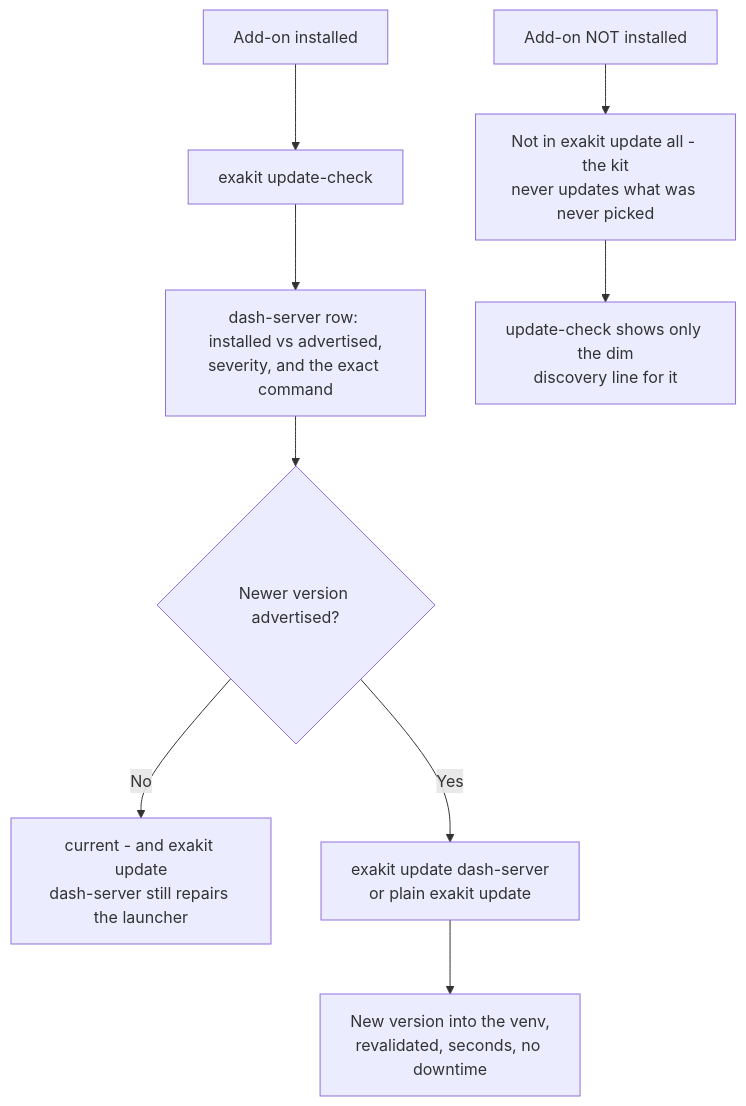
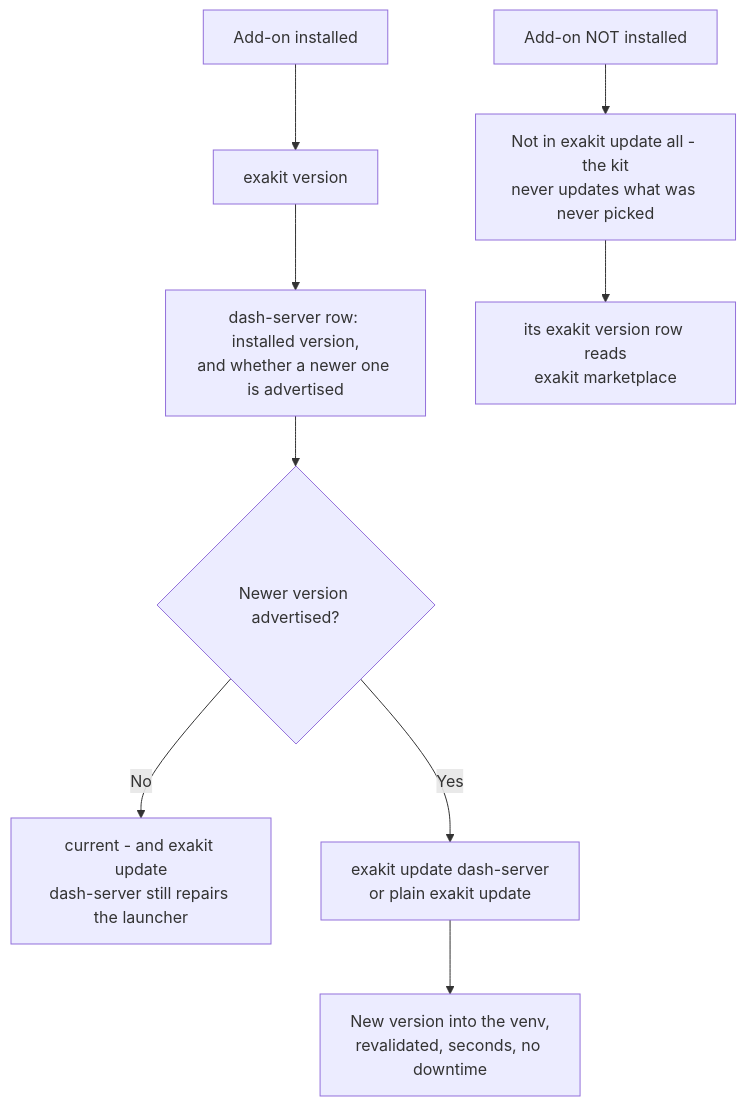
One commit to Sheetaldharshan200/update-path changed the fifth of 7 diagrams in MARKETPLACE-FLOWS.md. Above: the diagram before and after it, drawn with Mermaid. The commit also changed other lines of this file and 32 other files, not shown here.

````diff
--- a/MARKETPLACE-FLOWS.md
+++ b/MARKETPLACE-FLOWS.md
@@ -194,11 +198,11 @@
 ```mermaid
 flowchart TD
-    A[Add-on installed] --> B[exakit update-check]
-    B --> C[dash-server row: installed vs advertised,<br>severity, and the exact command]
+    A[Add-on installed] --> B[exakit version]
+    B --> C[dash-server row: installed version,<br>and whether a newer one is advertised]
     C --> D{Newer version advertised?}
     D -->|No| E[current - and exakit update<br>dash-server still repairs the launcher]
     D -->|Yes| F[exakit update dash-server<br>or plain exakit update]
     F --> G[New version into the venv,<br>revalidated, seconds, no downtime]
     A2[Add-on NOT installed] --> H[Not in exakit update all - the kit<br>never updates what was never picked]
-    H --> I[update-check shows only the dim<br>discovery line for it]
+    H --> I[its exakit version row reads<br>exakit marketplace]
 ```
````
